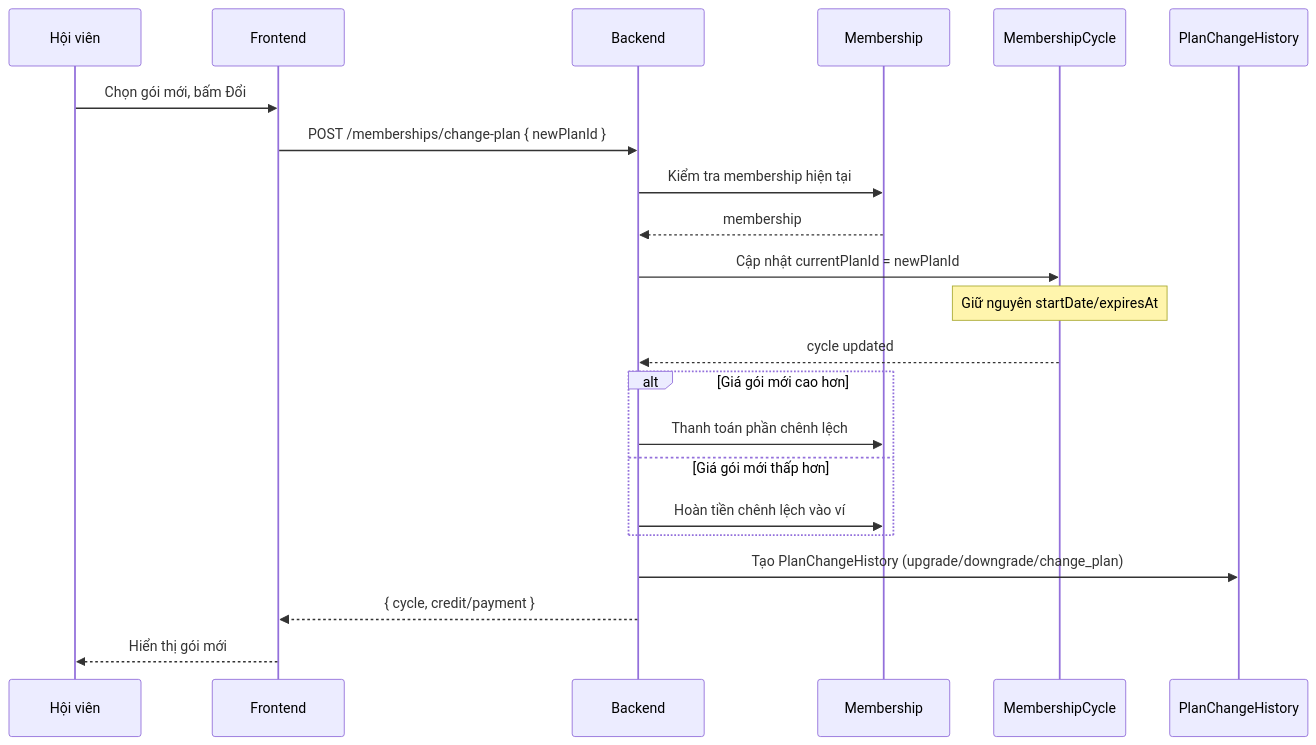
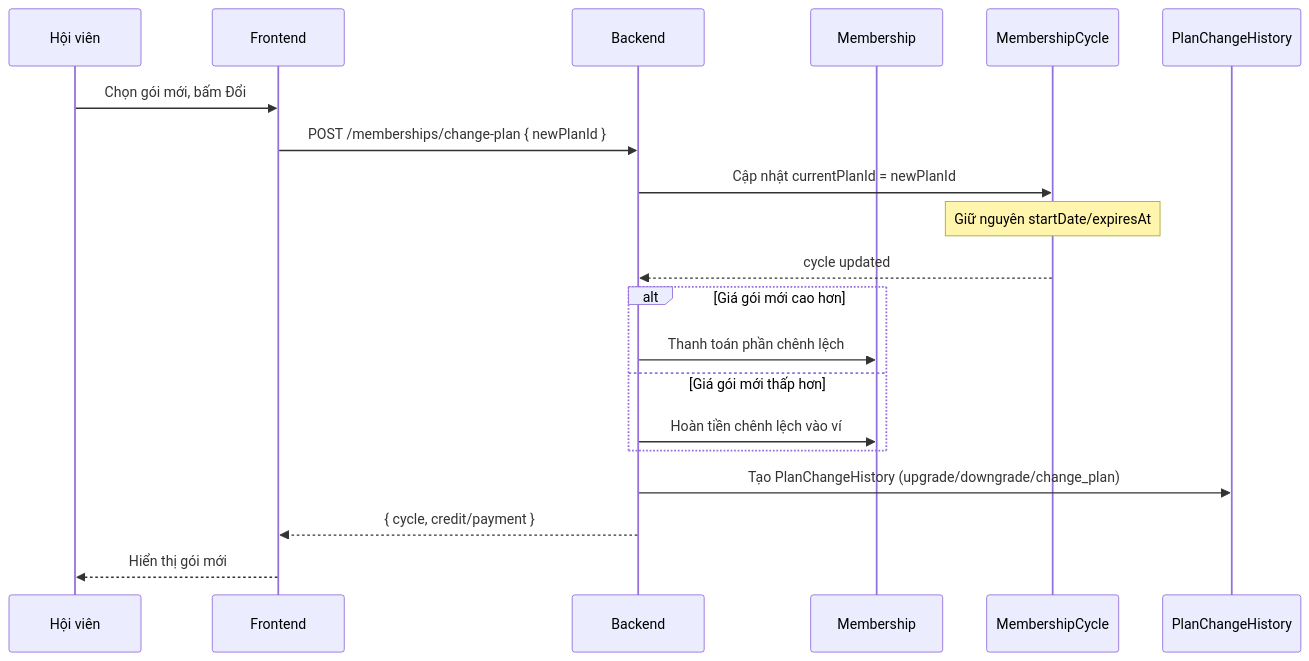
One commit to quyen-dx/gymsystem changed the eighth of 9 diagrams in docs/MEMBERSHIP_SYSTEM_ARCHITECTURE.md. Above: the diagram before and after it, drawn with Mermaid. The commit also changed other lines of this file and 148 other files, not shown here.

````diff
--- a/docs/MEMBERSHIP_SYSTEM_ARCHITECTURE.md
+++ b/docs/MEMBERSHIP_SYSTEM_ARCHITECTURE.md
@@ -301,30 +296,27 @@
 ```mermaid
 sequenceDiagram
     participant Member as Hội viên
     participant FE as Frontend
     participant BE as Backend
     participant M as Membership
     participant MC as MembershipCycle
     participant PCH as PlanChangeHistory
 
     Member->>FE: Chọn gói mới, bấm Đổi
     FE->>BE: POST /memberships/change-plan { newPlanId }
-
-    BE->>M: Kiểm tra membership hiện tại
-    M-->>BE: membership
 
     BE->>MC: Cập nhật currentPlanId = newPlanId
     Note over MC: Giữ nguyên startDate/expiresAt
     MC-->>BE: cycle updated
 
     alt Giá gói mới cao hơn
         BE->>M: Thanh toán phần chênh lệch
     else Giá gói mới thấp hơn
         BE->>M: Hoàn tiền chênh lệch vào ví
     end
 
     BE->>PCH: Tạo PlanChangeHistory (upgrade/downgrade/change_plan)
 
     BE-->>FE: { cycle, credit/payment }
     FE-->>Member: Hiển thị gói mới
 ```
````
